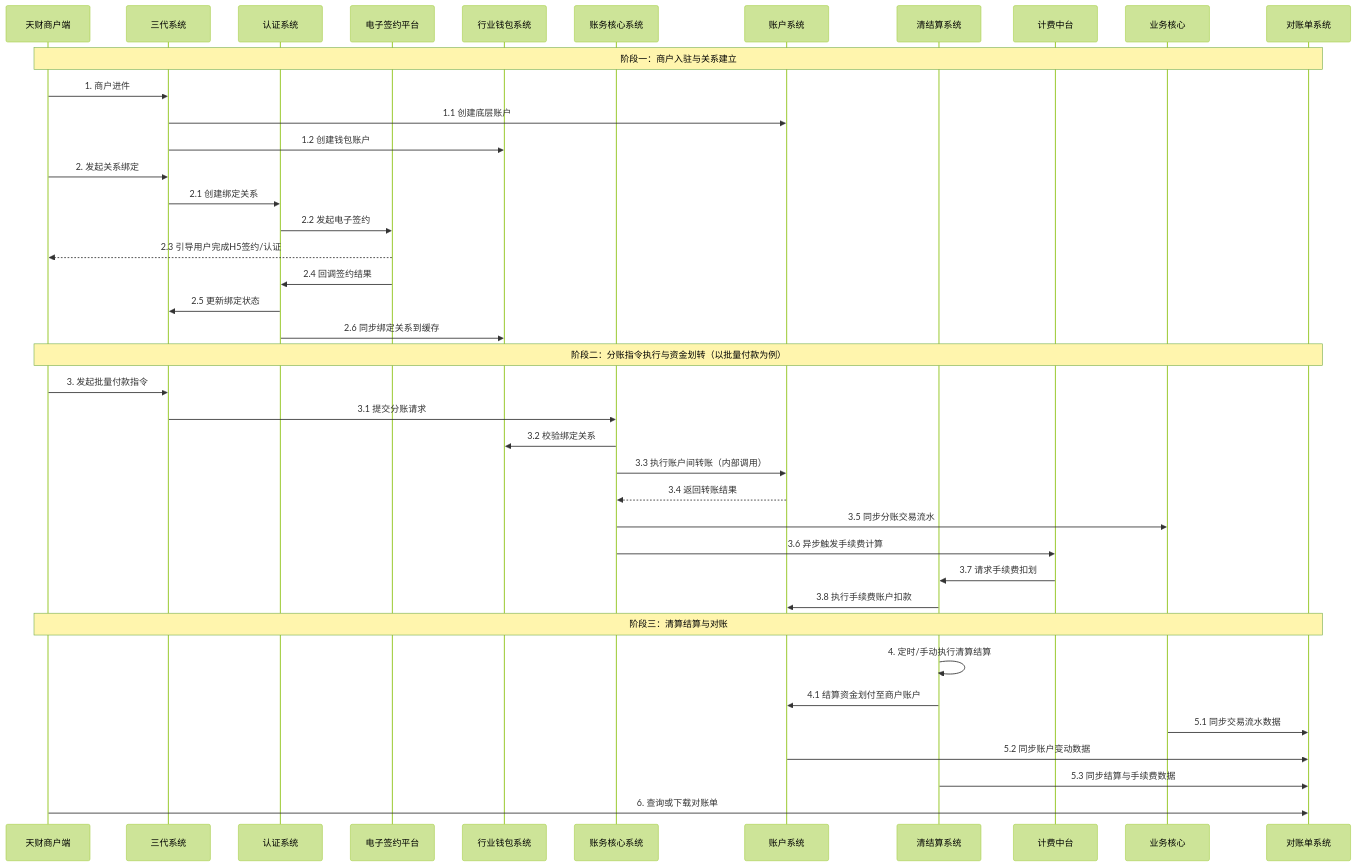
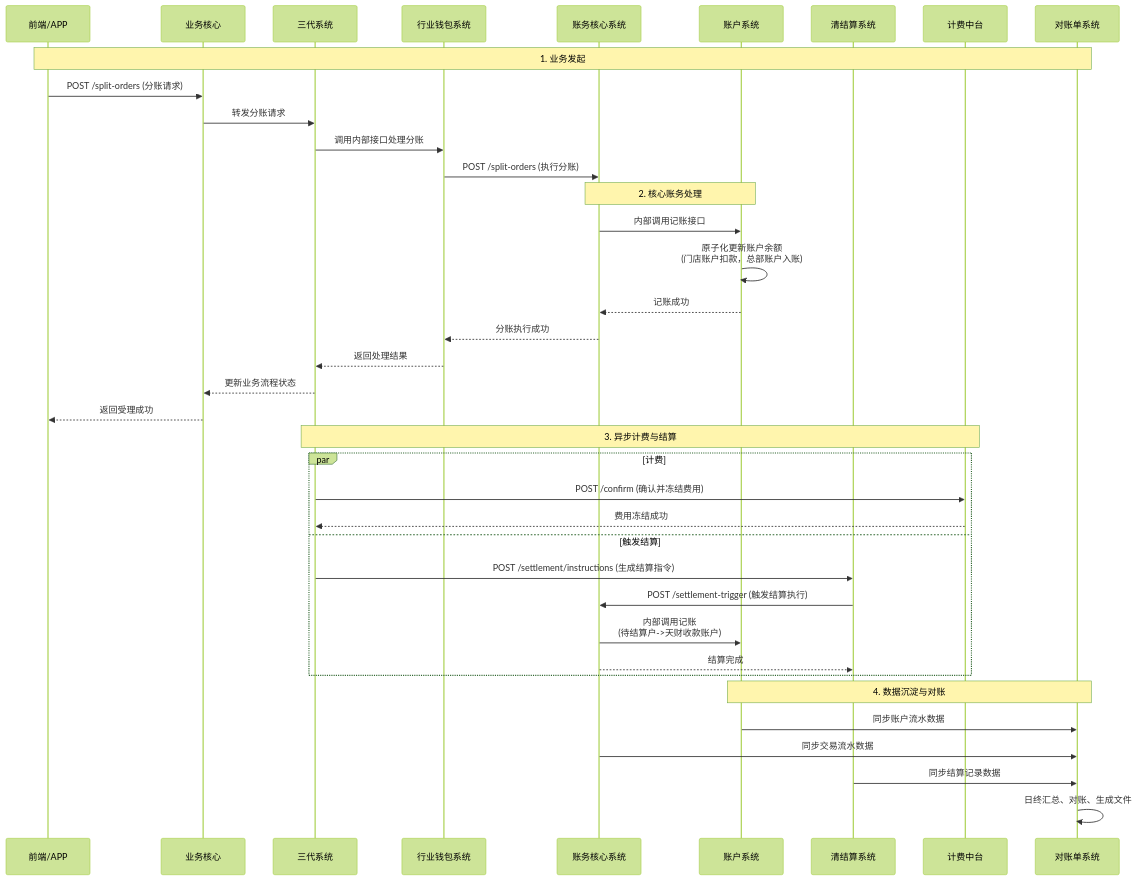
Before and after one commit to youzi211/AiCoding: the fourth of 5 diagrams in data/天财分账需求/gpt-5.2/workspace/01_global/system_design.md, drawn with Mermaid (forest theme). The commit also changed other lines of this file and 93 other files, not shown here.

````diff
--- a/data/天财分账需求/gpt-5.2/workspace/01_global/system_design.md
+++ b/data/天财分账需求/gpt-5.2/workspace/01_global/system_design.md
@@ -227,45 +178,44 @@
 ```mermaid
 sequenceDiagram
-    participant T as 天财商户端
-    participant TDS as 三代系统
-    participant AuthS as 认证系统
-    participant ESP as 电子签约平台
-    participant WBS as 行业钱包系统
-    participant ACS as 账务核心系统
-    participant AS as 账户系统
-    participant CSS as 清结算系统
-    participant FCS as 计费中台
-    participant BCS as 业务核心
-    participant SS as 对账单系统
+    participant F as 前端/APP
+    participant B as 业务核心
+    participant G as 三代系统
+    participant W as 行业钱包系统
+    participant L as 账务核心系统
+    participant A as 账户系统
+    participant S as 清结算系统
+    participant Bil as 计费中台
+    participant R as 对账单系统
 
-    Note over T, SS: 阶段一：商户入驻与关系建立
-    T->>TDS: 1. 商户进件
-    TDS->>AS: 1.1 创建底层账户
-    TDS->>WBS: 1.2 创建钱包账户
-    T->>TDS: 2. 发起关系绑定
-    TDS->>AuthS: 2.1 创建绑定关系
-    AuthS->>ESP: 2.2 发起电子签约
-    ESP-->>T: 2.3 引导用户完成H5签约/认证
-    ESP->>AuthS: 2.4 回调签约结果
-    AuthS->>TDS: 2.5 更新绑定状态
-    AuthS->>WBS: 2.6 同步绑定关系到缓存
-
-    Note over T, SS: 阶段二：分账指令执行与资金划转（以批量付款为例）
-    T->>TDS: 3. 发起批量付款指令
-    TDS->>ACS: 3.1 提交分账请求
-    ACS->>WBS: 3.2 校验绑定关系
-    ACS->>AS: 3.3 执行账户间转账（内部调用）
-    AS-->>ACS: 3.4 返回转账结果
-    ACS->>BCS: 3.5 同步分账交易流水
-    ACS->>FCS: 3.6 异步触发手续费计算
-    FCS->>CSS: 3.7 请求手续费扣划
-    CSS->>AS: 3.8 执行手续费账户扣款
-
-    Note over T, SS: 阶段三：清算结算与对账
-    CSS->>CSS: 4. 定时/手动执行清算结算
-    CSS->>AS: 4.1 结算资金划付至商户账户
-    BCS->>SS: 5.1 同步交易流水数据
-    AS->>SS: 5.2 同步账户变动数据
-    CSS->>SS: 5.3 同步结算与手续费数据
-    T->>SS: 6. 查询或下载对账单
+    Note over F, R: 1. 业务发起
+    F->>B: POST /split-orders (分账请求)
+    B->>G: 转发分账请求
+    G->>W: 调用内部接口处理分账
+    W->>L: POST /split-orders (执行分账)
+    
+    Note over L, A: 2. 核心账务处理
+    L->>A: 内部调用记账接口
+    A->>A: 原子化更新账户余额<br/>(门店账户扣款，总部账户入账)
+    A-->>L: 记账成功
+    L-->>W: 分账执行成功
+    W-->>G: 返回处理结果
+    G-->>B: 更新业务流程状态
+    B-->>F: 返回受理成功
+    
+    Note over G, Bil: 3. 异步计费与结算
+    par 计费
+        G->>Bil: POST /confirm (确认并冻结费用)
+        Bil-->>G: 费用冻结成功
+    and 触发结算
+        G->>S: POST /settlement/instructions (生成结算指令)
+        S->>L: POST /settlement-trigger (触发结算执行)
+        L->>A: 内部调用记账<br/>(待结算户->天财收款账户)
+        L-->>S: 结算完成
+    end
+    
+    Note over A, R: 4. 数据沉淀与对账
+    A->>R: 同步账户流水数据
+    L->>R: 同步交易流水数据
+    S->>R: 同步结算记录数据
+    R->>R: 日终汇总、对账、生成文件
 ```
````
